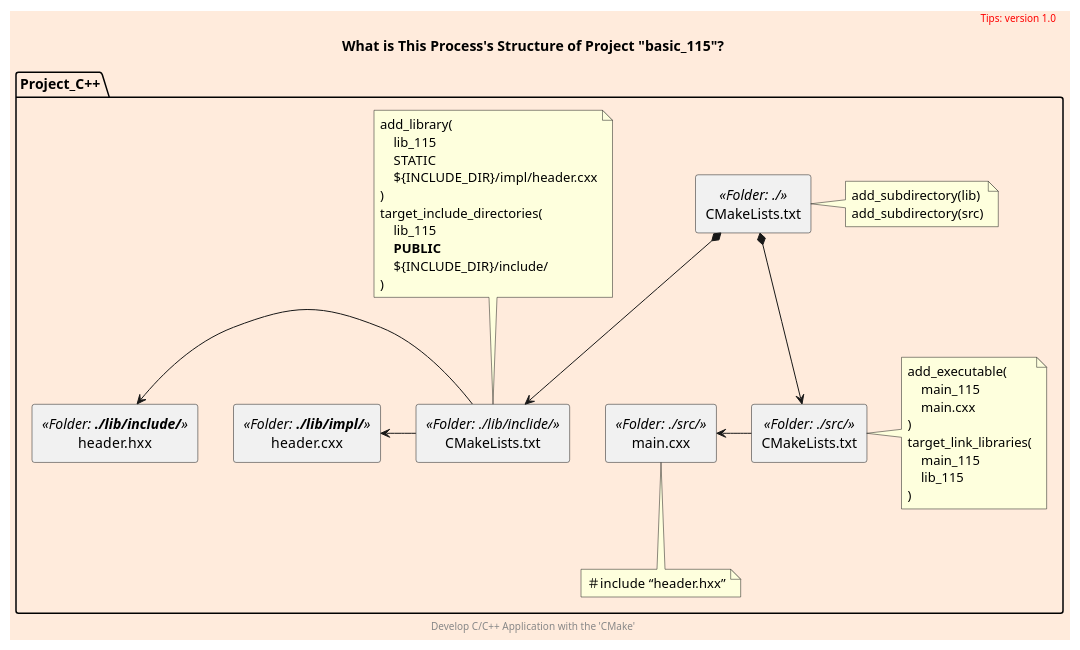
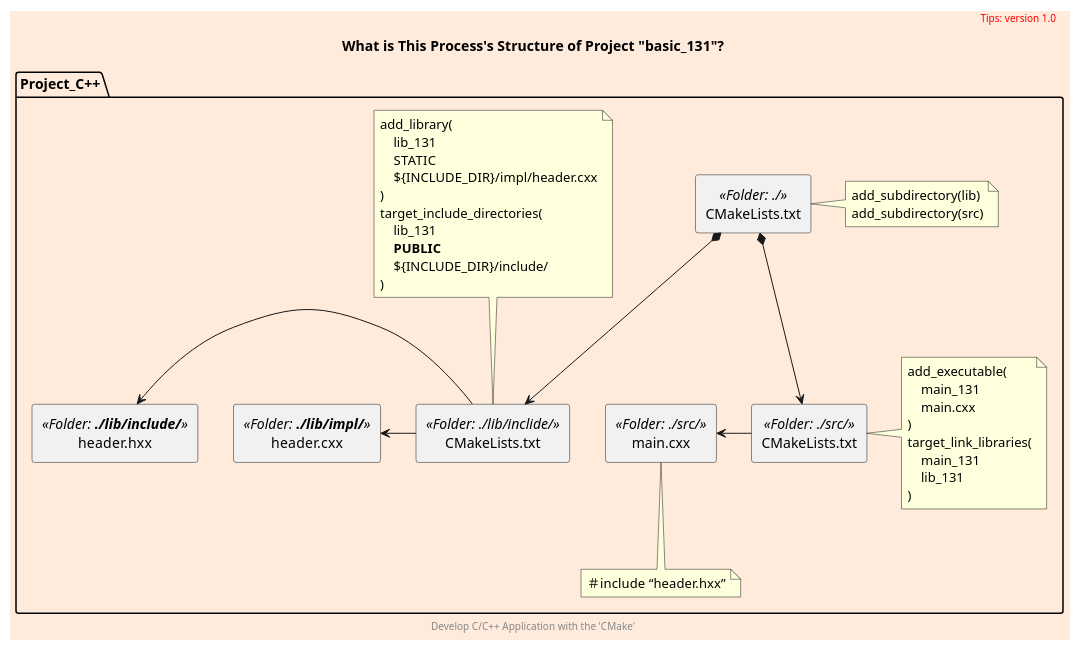
The diagram in docs/what-process.puml (cnruby/w3h1_cmake), drawn with PlantUML before and after one commit. The commit also changed 23 other files, not shown here.

```diff
--- a/docs/what-process.puml
+++ b/docs/what-process.puml
@@ -1,63 +1,63 @@
 @startuml
 scale 700 width
 skinparam backgroundColor #FFEBDC
 scale 1
 
 package Project_C++ as project {
     rectangle header.hxx <<Folder: **./lib/include/**>> as header_hxx
     rectangle header.cxx <<Folder: **./lib/impl/**>> as header_cxx
     rectangle main.cxx <<Folder: ./src/>> as main
     rectangle CMakeLists.txt <<Folder: ./>> as begin
     rectangle CMakeLists.txt <<Folder: ./src/>> as src_list
     rectangle CMakeLists.txt <<Folder: ./lib/inclide/>> as include_list
     'rectangle main_cxx.o <<Binary File>> as o_file
 
     note right of begin
         add_subdirectory(lib)
         add_subdirectory(src)
     endnote
     note bottom of main
         ＃include “header.hxx”
     endnote
     note top of include_list
         add_library(
-            lib_115
+            lib_131
             STATIC
             ${INCLUDE_DIR}/impl/header.cxx
         )
         target_include_directories(
-            lib_115
+            lib_131
             **PUBLIC**
             ${INCLUDE_DIR}/include/
         )
     endnote
     note right of src_list
         add_executable(
-            main_115
+            main_131
             main.cxx
         )
         target_link_libraries(
-            main_115
-            lib_115
+            main_131
+            lib_131
         )
     endnote
 }
 
 begin *--> src_list
 begin *--> include_list
 src_list -left-> main
 'local_list .(0).> main
 include_list -left-> header_cxx
 include_list -left-> header_hxx
 
 title
-    What is This Process's Structure of Project "basic_115"?
+    What is This Process's Structure of Project "basic_131"?
 end title
 
 header
 <font color=red>Tips: version 1.0</font>
 endheader
 
 center footer Develop C/C++ Application with the 'CMake'
 
 @enduml
```
